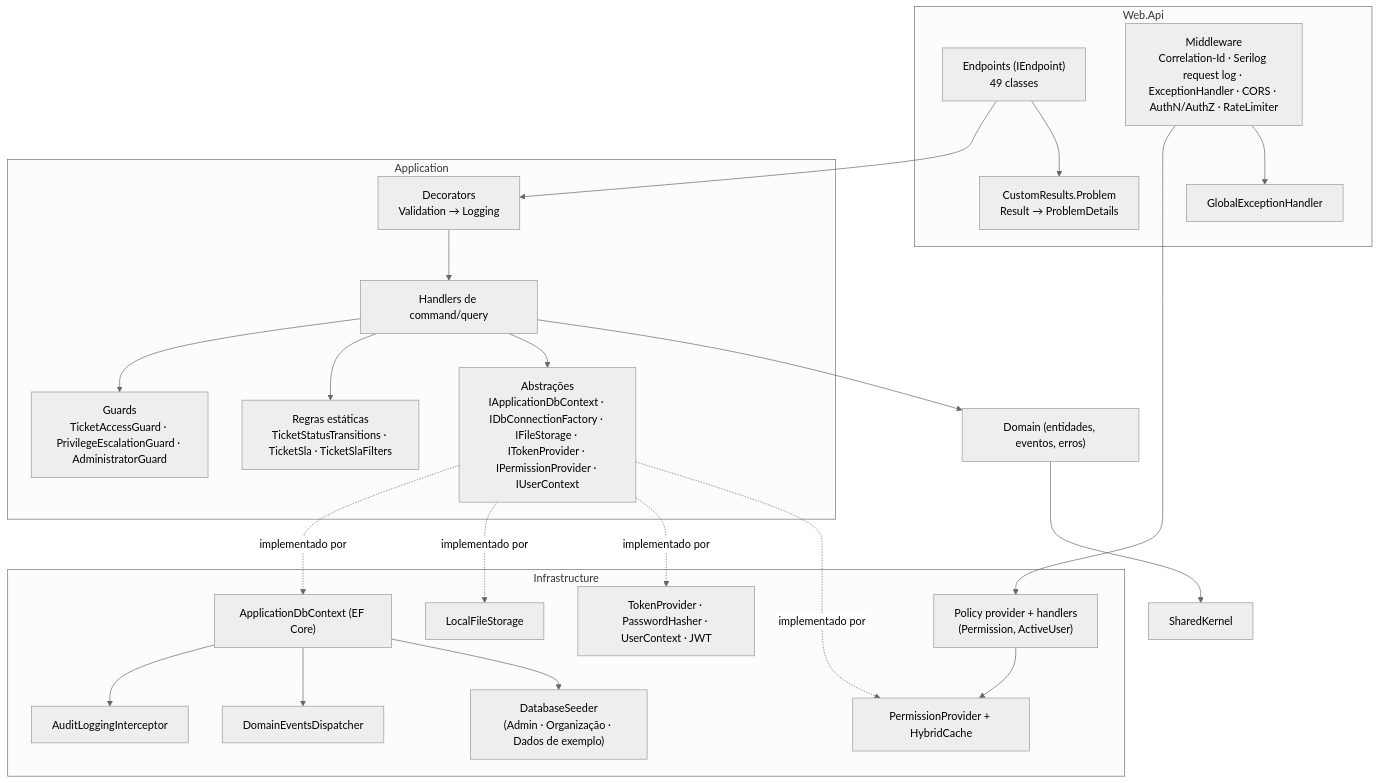
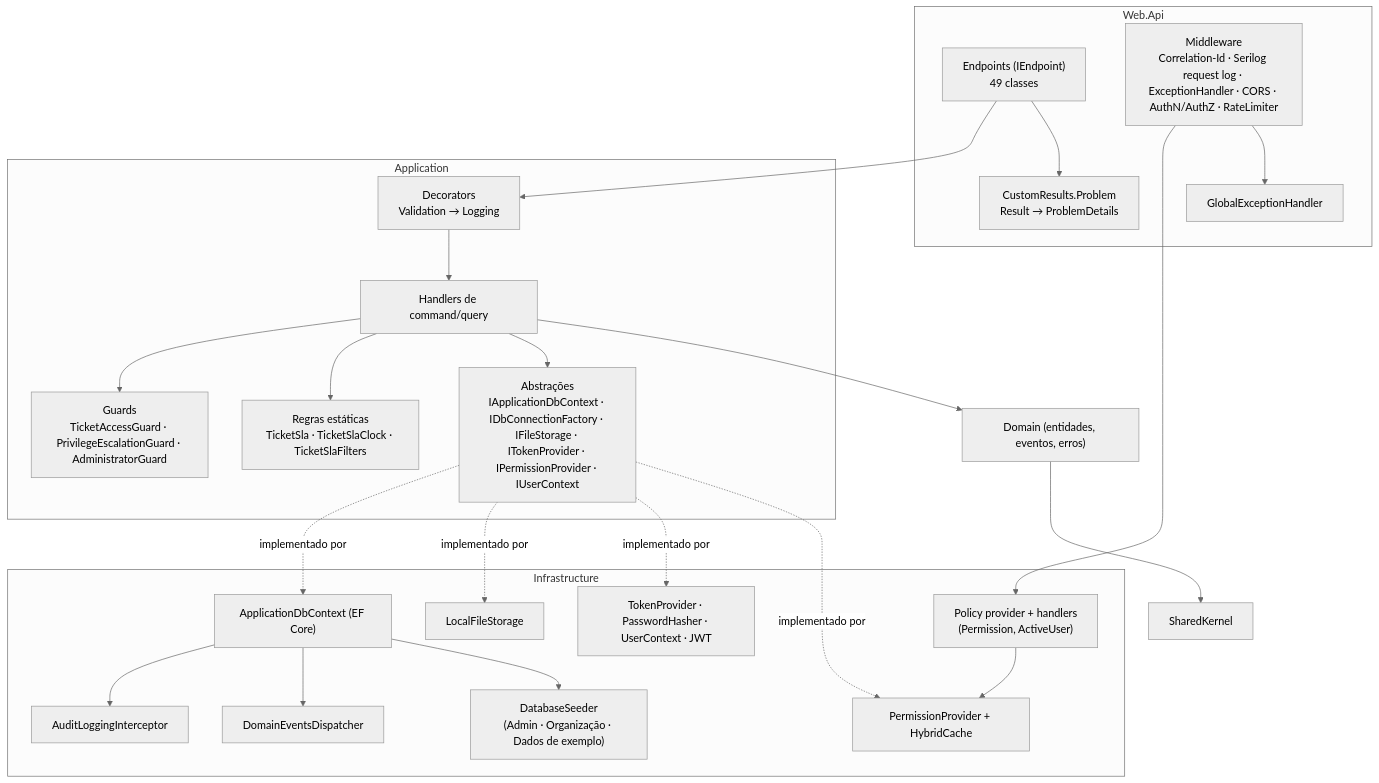
One commit to rafaelps15/tickest-pristine changed the fourth of 7 diagrams in SYSTEM_SPECIFICATION.md. Above: the diagram before and after it, drawn with Mermaid (neutral theme). The commit also changed other lines of this file and 54 other files, not shown here.

First line of the commit message:
refactor(tickets): Ticket no domínio rico com transições de status e verificação [SPEC-039]

````diff
--- a/SYSTEM_SPECIFICATION.md
+++ b/SYSTEM_SPECIFICATION.md
@@ -309,39 +309,39 @@
 ```mermaid
 flowchart TB
     subgraph WebApi["Web.Api"]
         EP["Endpoints (IEndpoint)<br/>49 classes"]
         MW["Middleware<br/>Correlation-Id · Serilog request log · ExceptionHandler · CORS · AuthN/AuthZ · RateLimiter"]
         CR["CustomResults.Problem<br/>Result → ProblemDetails"]
         GEH["GlobalExceptionHandler"]
     end
     subgraph App["Application"]
         DEC["Decorators<br/>Validation → Logging"]
         H["Handlers de command/query"]
         G["Guards<br/>TicketAccessGuard · PrivilegeEscalationGuard · AdministratorGuard"]
-        R["Regras estáticas<br/>TicketStatusTransitions · TicketSla · TicketSlaFilters"]
+        R["Regras estáticas<br/>TicketSla · TicketSlaClock · TicketSlaFilters"]
         ABS["Abstrações<br/>IApplicationDbContext · IDbConnectionFactory · IFileStorage · ITokenProvider · IPermissionProvider · IUserContext"]
     end
     subgraph Infra["Infrastructure"]
         DB["ApplicationDbContext (EF Core)"]
         AUD["AuditLoggingInterceptor"]
         DISP["DomainEventsDispatcher"]
         PP["PermissionProvider + HybridCache"]
         AUTH["TokenProvider · PasswordHasher · UserContext · JWT"]
         AZ["Policy provider + handlers<br/>(Permission, ActiveUser)"]
         ST["LocalFileStorage"]
         SEED["DatabaseSeeder<br/>(Admin · Organização · Dados de exemplo)"]
     end
     Dom["Domain (entidades, eventos, erros)"]
     SK["SharedKernel"]
 
     EP --> DEC --> H
     H --> G & R & ABS
     MW --> AZ --> PP
     ABS -.implementado por.-> DB & ST & AUTH & PP
     DB --> AUD
     DB --> DISP
     DB --> SEED
     H --> Dom --> SK
     EP --> CR
     MW --> GEH
 ```
````
